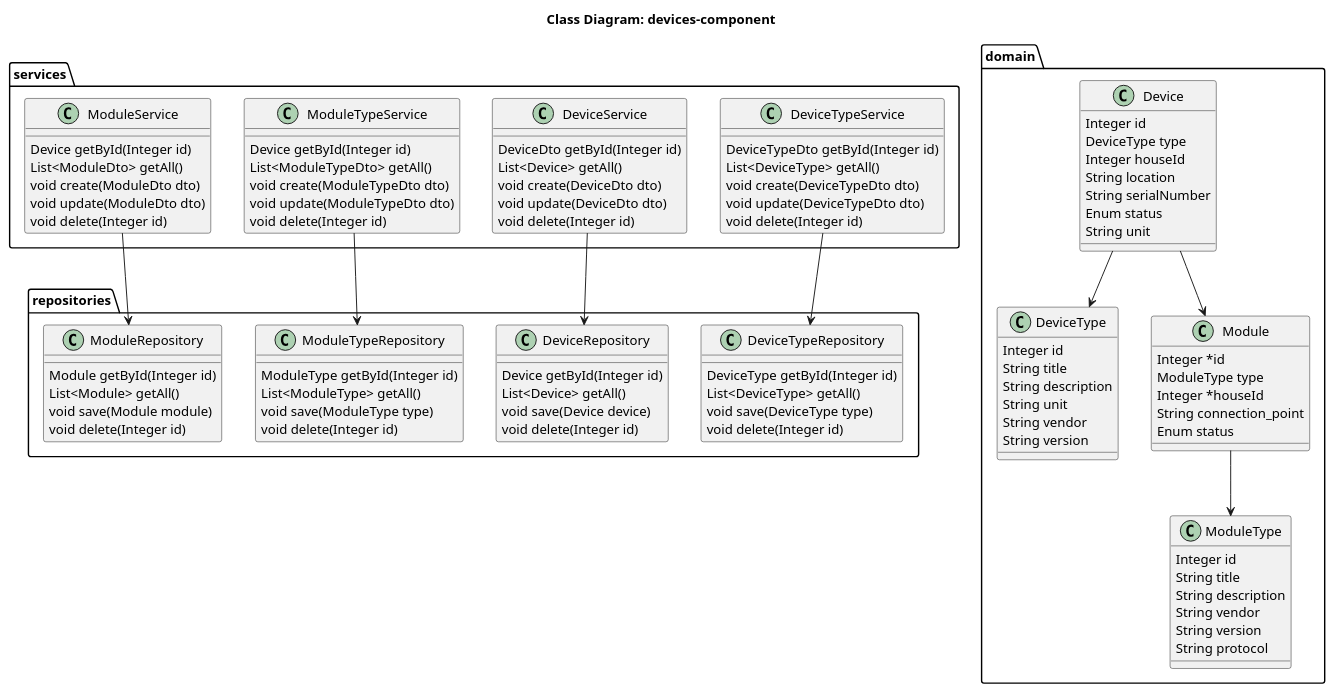
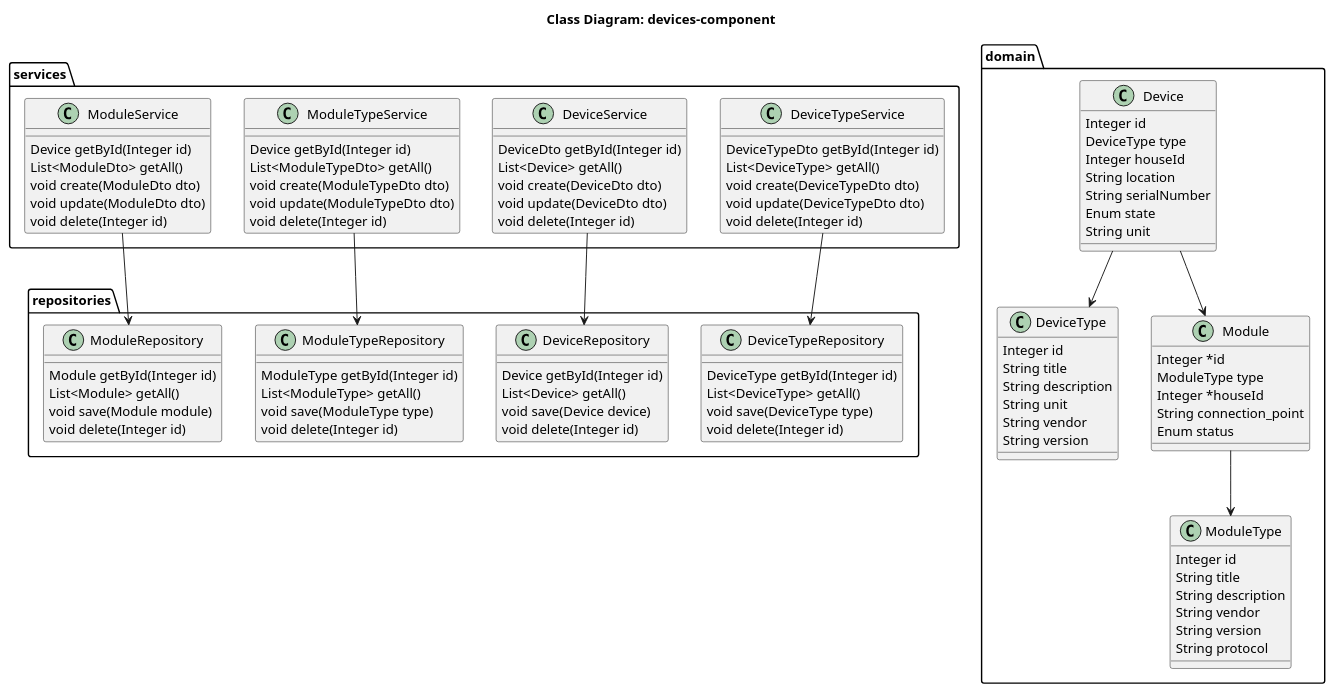
Before and after one commit to zergnk/architecture-pro-warmhouse: the diagram in schemas/C4/code/devices_class_diagram.puml, drawn with PlantUML. The commit also changed 47 other files, not shown here.

```diff
--- a/schemas/C4/code/devices_class_diagram.puml
+++ b/schemas/C4/code/devices_class_diagram.puml
@@ -1,116 +1,116 @@
 @startuml
 title Class Diagram: devices-component
 
 package services {
     class DeviceTypeService {
         DeviceTypeDto getById(Integer id)
         List<DeviceType> getAll()
         void create(DeviceTypeDto dto)
         void update(DeviceTypeDto dto)
         void delete(Integer id)
     }
 
     class DeviceService {
         DeviceDto getById(Integer id)
         List<Device> getAll()
         void create(DeviceDto dto)
         void update(DeviceDto dto)
         void delete(Integer id)
     }
 
     class ModuleTypeService {
         Device getById(Integer id)
         List<ModuleTypeDto> getAll()
         void create(ModuleTypeDto dto)
         void update(ModuleTypeDto dto)
         void delete(Integer id)
     }
 
     class ModuleService {
         Device getById(Integer id)
         List<ModuleDto> getAll()
         void create(ModuleDto dto)
         void update(ModuleDto dto)
         void delete(Integer id)
     }
 }
 
 package repositories {
     class DeviceTypeRepository {
         DeviceType getById(Integer id)
         List<DeviceType> getAll()
         void save(DeviceType type)
         void delete(Integer id)
     }
 
     class DeviceRepository {
         Device getById(Integer id)
         List<Device> getAll()
         void save(Device device)
         void delete(Integer id)
     }
 
     class ModuleTypeRepository {
         ModuleType getById(Integer id)
         List<ModuleType> getAll()
         void save(ModuleType type)
         void delete(Integer id)
     }
 
     class ModuleRepository {
         Module getById(Integer id)
         List<Module> getAll()
         void save(Module module)
         void delete(Integer id)
     }
 }
 
 package domain {
     class DeviceType {
         Integer id
         String title
         String description
         String unit
         String vendor
         String version
     }
 
     class Device {
         Integer id
         DeviceType type
         Integer houseId
         String location
         String serialNumber
-        Enum status
+        Enum state
         String unit
      }
 
     class ModuleType {
         Integer id
         String title
         String description
         String vendor
         String version
         String protocol
     }
 
     class Module {
         Integer *id
         ModuleType type
         Integer *houseId
         String connection_point
         Enum status
     }
 
     DeviceTypeService --> DeviceTypeRepository
     DeviceService --> DeviceRepository
     ModuleTypeService --> ModuleTypeRepository
     ModuleService --> ModuleRepository
 
     Device --> DeviceType
     Module --> ModuleType
     Device --> Module
 }
 
 
 @enduml
```
